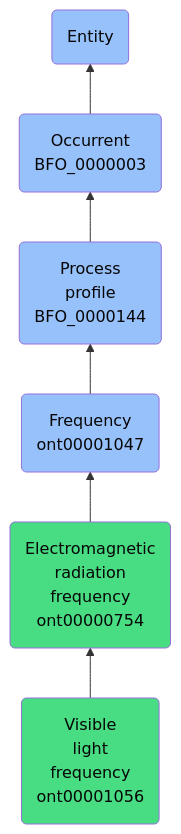
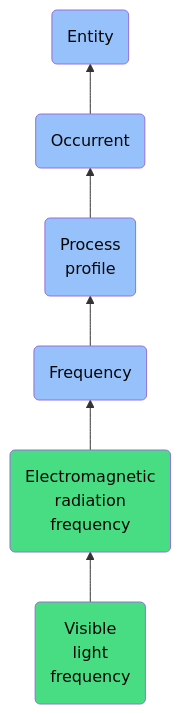
Before and after one commit to jupyter-naas/abi: the diagram in docs/ontology/reference/model/Entity/Occurrent/Process profile/Frequency/Electromagnetic radiation frequency/Visible light frequency/Visible light frequency.md, drawn with Mermaid. The commit also changed other lines of this file and 1430 other files, not shown here.

````diff
--- a/docs/ontology/reference/model/Entity/Occurrent/Process profile/Frequency/Electromagnetic radiation frequency/Visible light frequency/Visible light frequency.md
+++ b/docs/ontology/reference/model/Entity/Occurrent/Process profile/Frequency/Electromagnetic radiation frequency/Visible light frequency/Visible light frequency.md
@@ -24,13 +24,13 @@
 ```mermaid
 graph BT
-    ont00001056(Visible<br>light<br>frequency<br>ont00001056):::ABI-->ont00000754
-    ont00000754(Electromagnetic<br>radiation<br>frequency<br>ont00000754):::ABI-->ont00001047
-    ont00001047(Frequency<br>ont00001047):::BFO-->BFO_0000144
-    BFO_0000144(Process<br>profile<br>BFO_0000144):::BFO-->BFO_0000003
-    BFO_0000003(Occurrent<br>BFO_0000003):::BFO-->BFO_0000001
+    ont00001056(Visible<br>light<br>frequency):::ABI-->ont00000754
+    ont00000754(Electromagnetic<br>radiation<br>frequency):::ABI-->ont00001047
+    ont00001047(Frequency):::BFO-->BFO_0000144
+    BFO_0000144(Process<br>profile):::BFO-->BFO_0000003
+    BFO_0000003(Occurrent):::BFO-->BFO_0000001
     BFO_0000001(Entity):::BFO
     
     classDef BFO fill:#97c1fb,color:#060606
     classDef CCO fill:#e4c51e,color:#060606
     classDef ABI fill:#48DD82,color:#060606
 ```
````
